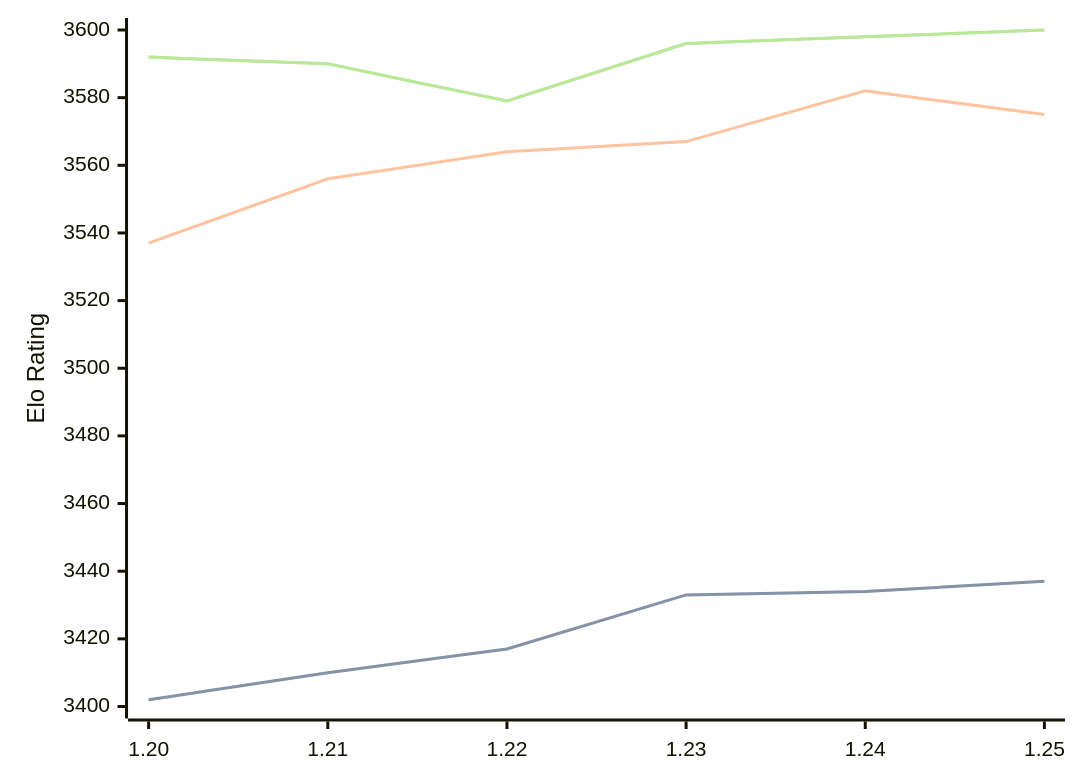
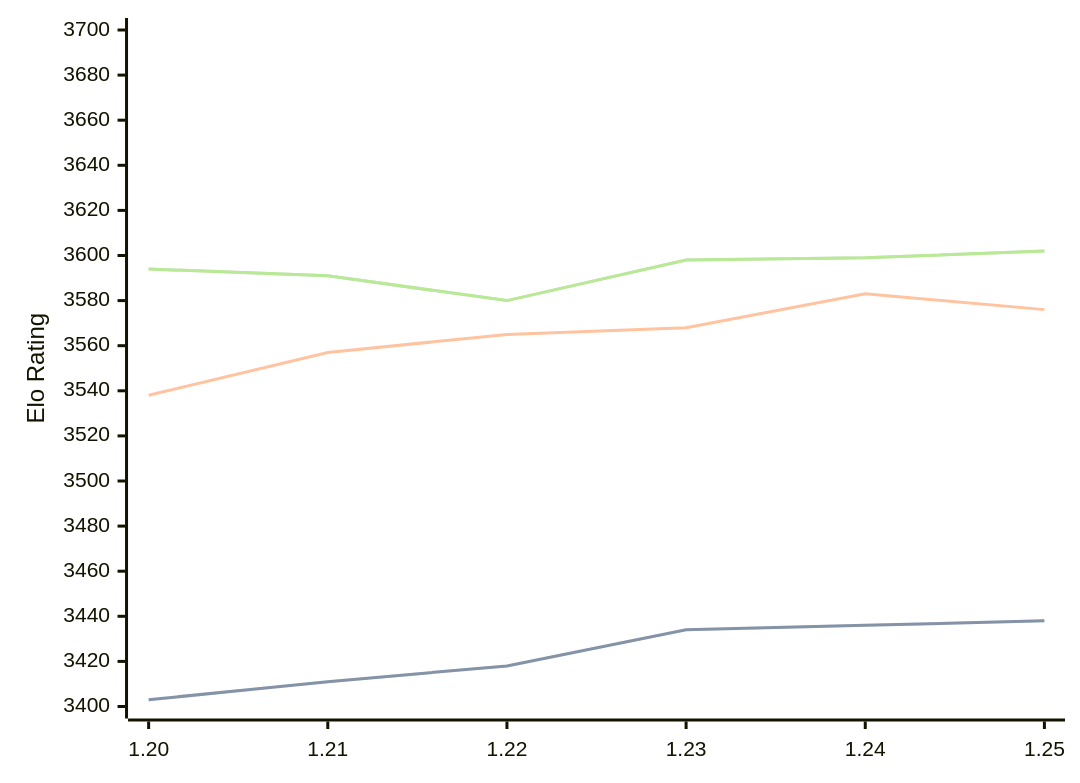
One commit to computer-chess-index/cci changed the diagram in engines/Caissa.md. Above: the diagram before and after it, drawn with Mermaid. The commit also changed other lines of this file, not shown here.

Commit message:
Update CCI Ratings (ELO VLTC) - 2026-05-12

````diff
--- a/engines/Caissa.md
+++ b/engines/Caissa.md
@@ -65,11 +65,11 @@
 ```mermaid
 %%{init: {"theme":"base","themeVariables":{"seriesColors:['#a3a3a3','#222221','#faa371']}}}%%
 xychart-beta
   x-axis ["1.20", "1.21", "1.22", "1.23", "1.24", "1.25"]
-  y-axis "Elo Rating" 3400 --> 3600
-  line "STC (8.0+0.08s)" [3402, 3410, 3417, 3433, 3434, 3437]
-  line "STC (8.0+0.08s)" [3402, 3410, 3417, 3433, 3434, 3437]
-  line "LTC (60.0+0.60s)" [3537, 3556, 3564, 3567, 3582, 3575]
-  line "VLTC (2m24s+1.12s)" [3592, 3590, 3579, 3596, 3598, 3600]
-  line "VLTC (2m24s+1.12s)" [3592, 3590, 3579, 3596, 3598, 3600]
+  y-axis "Elo Rating" 3400 --> 3700
+  line "STC (8.0+0.08s)" [3403, 3411, 3418, 3434, 3436, 3438]
+  line "STC (8.0+0.08s)" [3403, 3411, 3418, 3434, 3436, 3438]
+  line "LTC (60.0+0.60s)" [3538, 3557, 3565, 3568, 3583, 3576]
+  line "VLTC (2m24s+1.12s)" [3594, 3591, 3580, 3598, 3599, 3602]
+  line "VLTC (2m24s+1.12s)" [3594, 3591, 3580, 3598, 3599, 3602]
 ```
````
